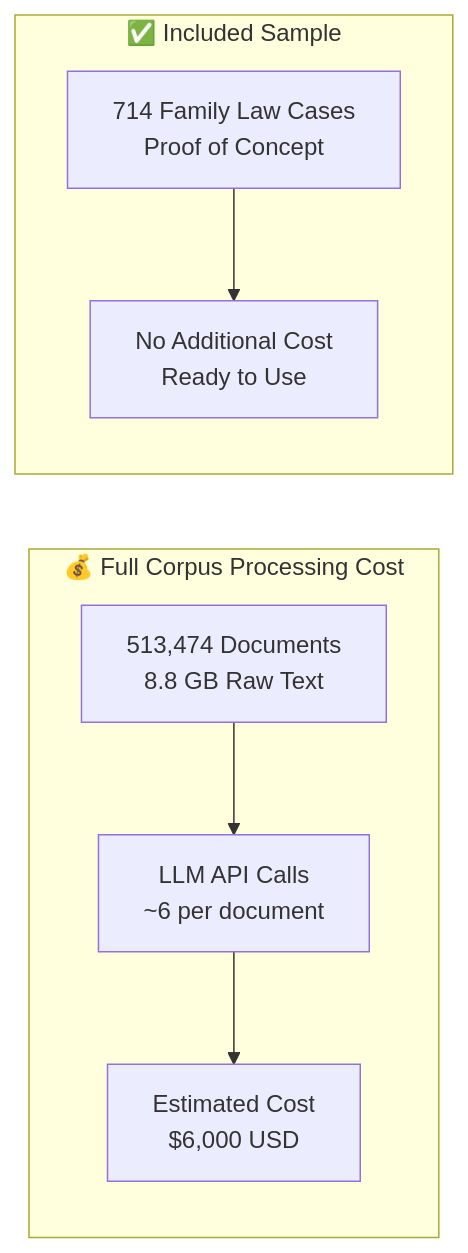
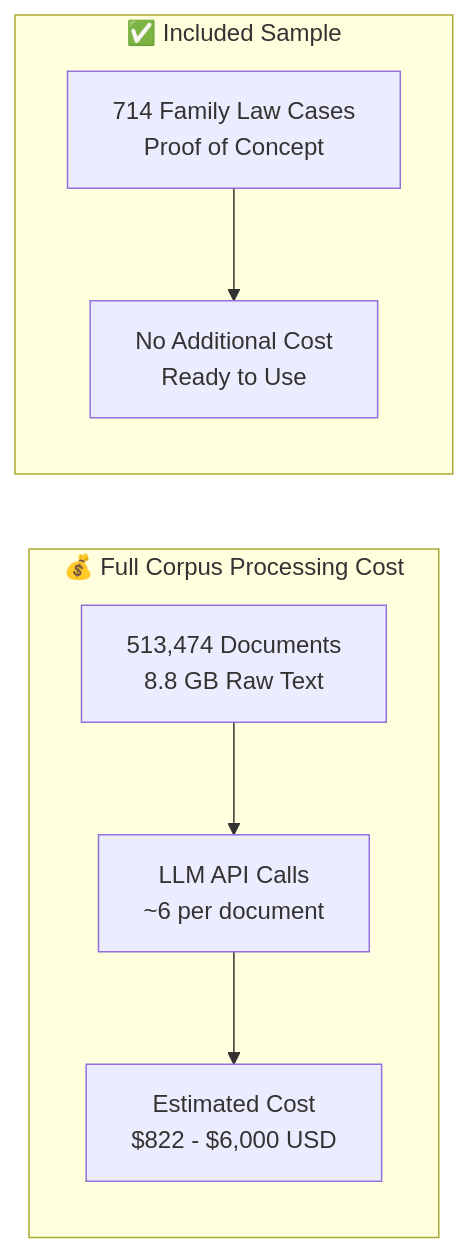
One commit to Verridian-ai/Functional-Structure-of-Episodic-Memory changed diagram 13 of 16 in README.md. Above: the diagram before and after it, drawn with Mermaid. The commit also changed other lines of this file and 4 other files, not shown here.

````diff
--- a/README.md
+++ b/README.md
@@ -916,16 +736,16 @@
 ```mermaid
 flowchart LR
     subgraph Cost["💰 Full Corpus Processing Cost"]
         DOCS[513,474 Documents<br/>8.8 GB Raw Text]
         API[LLM API Calls<br/>~6 per document]
-        TOTAL[Estimated Cost<br/>$6,000 USD]
+        TOTAL[Estimated Cost<br/>$822 - $6,000 USD]
     end
 
     subgraph Sample["✅ Included Sample"]
         SAMPLE[714 Family Law Cases<br/>Proof of Concept]
         FREE[No Additional Cost<br/>Ready to Use]
     end
 
     DOCS --> API --> TOTAL
     SAMPLE --> FREE
 ```
````
